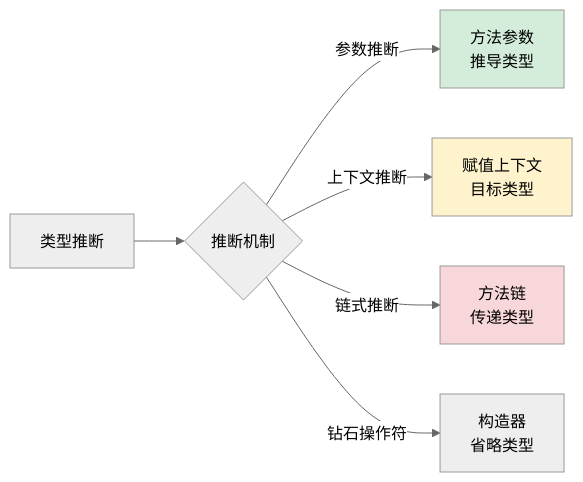
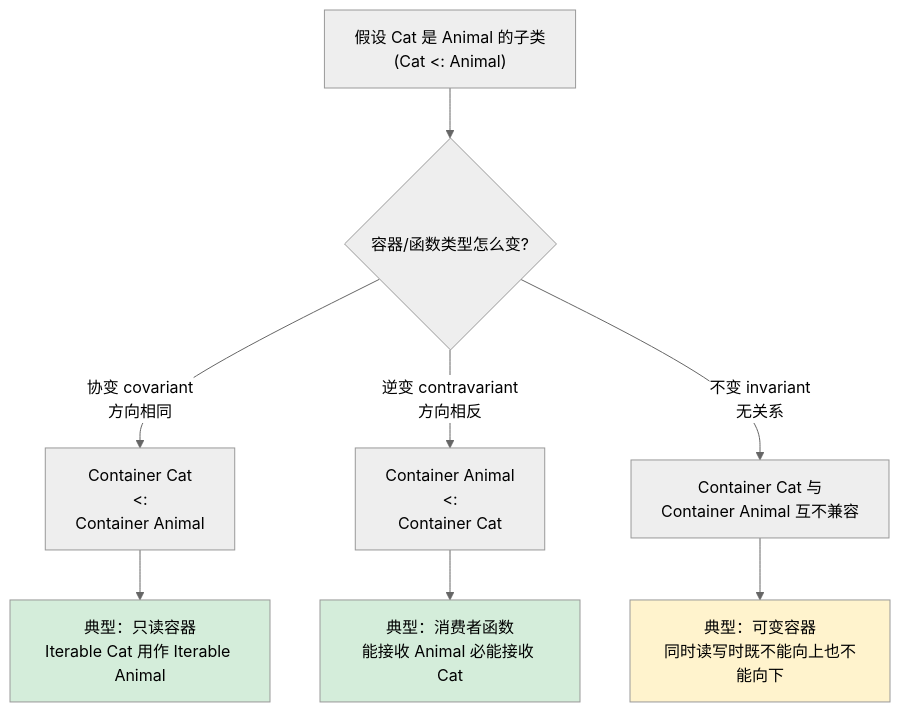
One commit to chongyang211/YCBookBlog changed diagram 17 of 28 in 00.通用技术的提升/02.程序编程原理/04.泛型设计灵魂思想.md. Above: the diagram before and after it, drawn with Mermaid (neutral theme). The commit also changed other lines of this file and 6 other files, not shown here.

````diff
--- a/00.通用技术的提升/02.程序编程原理/04.泛型设计灵魂思想.md
+++ b/00.通用技术的提升/02.程序编程原理/04.泛型设计灵魂思想.md
@@ -1001,12 +1453,16 @@
 ```mermaid
-graph LR
-    A[类型推断] --> B{推断机制}
-    B -->|参数推断| C[方法参数<br/>推导类型]
-    B -->|上下文推断| D[赋值上下文<br/>目标类型]
-    B -->|链式推断| E[方法链<br/>传递类型]
-    B -->|钻石操作符| F[构造器<br/>省略类型]
+flowchart TD
+    A["假设 Cat 是 Animal 的子类<br/>(Cat <: Animal)"] --> B{容器/函数类型怎么变?}
     
-    style C fill:#d4edda
-    style D fill:#fff3cd
-    style E fill:#f8d7da
+    B -->|协变 covariant<br/>方向相同| C["Container Cat<br/><:<br/>Container Animal"]
+    B -->|逆变 contravariant<br/>方向相反| D["Container Animal<br/><:<br/>Container Cat"]
+    B -->|不变 invariant<br/>无关系| E["Container Cat 与<br/>Container Animal 互不兼容"]
+    
+    C --> C1[典型：只读容器<br/>Iterable Cat 用作 Iterable Animal ]
+    D --> D1[典型：消费者函数<br/>能接收 Animal 必能接收 Cat]
+    E --> E1[典型：可变容器<br/>同时读写时既不能向上也不能向下]
+
+    style C1 fill:#d4edda
+    style D1 fill:#d4edda
+    style E1 fill:#fff3cd
 ```
````
